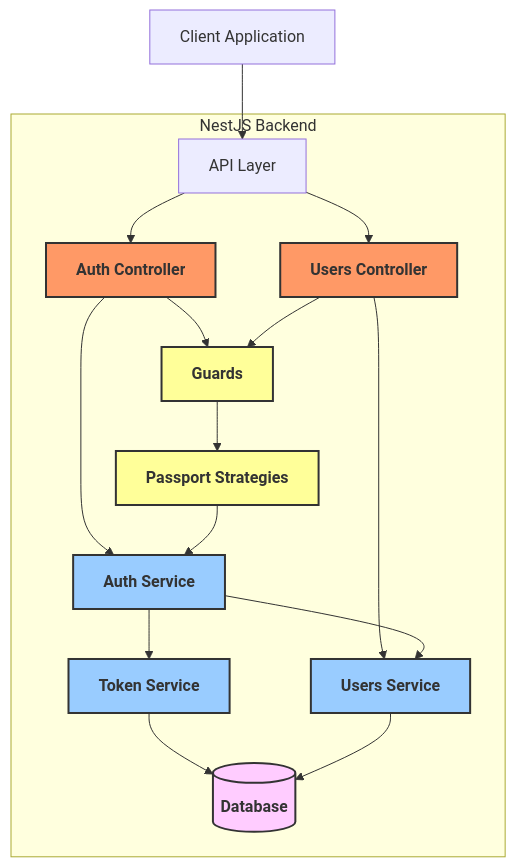
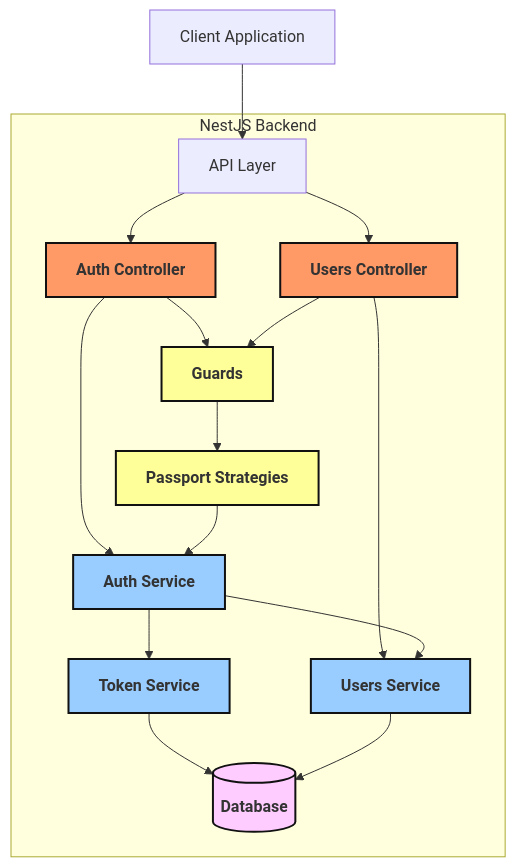
Before and after one commit to ezee969/sunnsteel-backend: the sixth of 6 diagrams in README.md, drawn with Mermaid.

Commit message:
mermaid js fix

````diff
--- a/README.md
+++ b/README.md
@@ -269,35 +269,35 @@
 ```mermaid
 graph TD
     Client[Client Application] --> API[API Layer]
 
     subgraph NestJS Backend
         API --> AuthC[Auth Controller]
         API --> UserC[Users Controller]
 
         AuthC --> AuthS[Auth Service]
         UserC --> UserS[Users Service]
 
         AuthS --> TokenS[Token Service]
         AuthS --> UserS
 
         TokenS --> DB[(Database)]
         UserS --> DB
 
         AuthC --> Guards[Guards]
         UserC --> Guards
 
         Guards --> Strategies[Passport Strategies]
         Strategies --> AuthS
     end
 
-    classDef controllers fill:#f96,stroke:#333,stroke-width:2px,font-weight:bold
-    classDef services fill:#9cf,stroke:#333,stroke-width:2px,font-weight:bold
-    classDef database fill:#fcf,stroke:#333,stroke-width:2px,font-weight:bold
-    classDef middleware fill:#ff9,stroke:#333,stroke-width:2px,font-weight:bold
+    classDef controllers fill:#f96,stroke:#111,stroke-width:2px,font-weight:bold
+    classDef services fill:#9cf,stroke:#111,stroke-width:2px,font-weight:bold
+    classDef database fill:#fcf,stroke:#111,stroke-width:2px,font-weight:bold
+    classDef middleware fill:#ff9,stroke:#111,stroke-width:2px,font-weight:bold
 
     class AuthC,UserC controllers
     class AuthS,UserS,TokenS services
     class DB database
     class Guards,Strategies middleware
 
 ```
````
